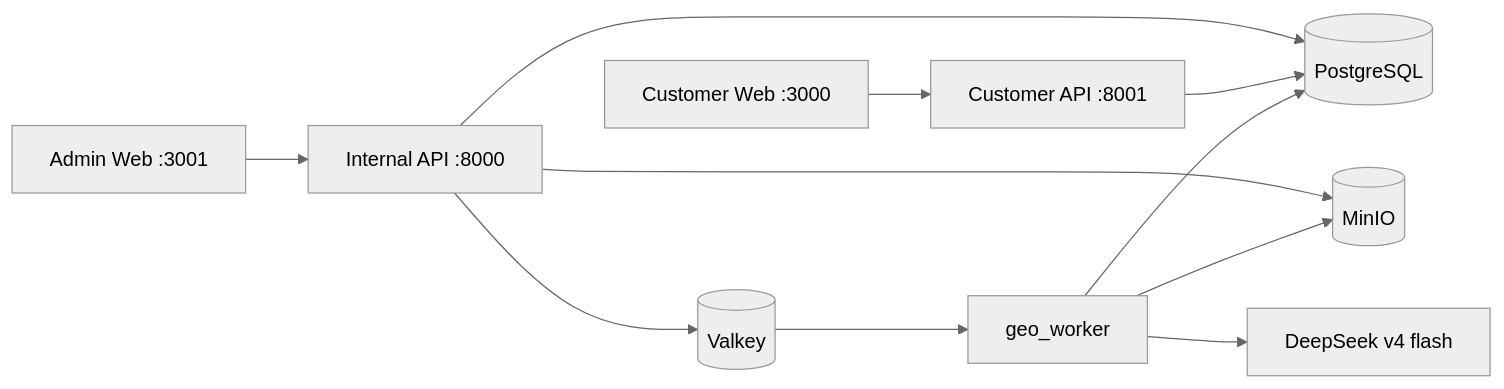
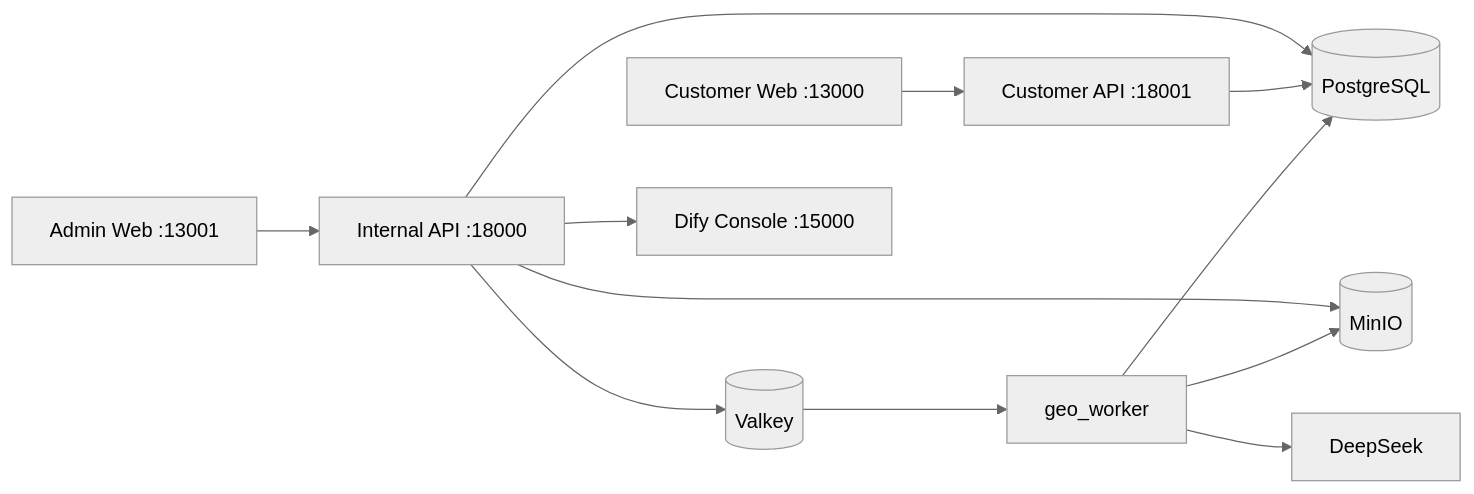
The diagram in README.md (priestess-bot/geo), drawn with Mermaid (neutral theme) before and after one commit. The commit also changed other lines of this file and 53 other files, not shown here.

````diff
--- a/README.md
+++ b/README.md
@@ -52,13 +55,14 @@
 ```mermaid
 flowchart LR
-  A[Admin Web :3001] --> I[Internal API :8000]
-  C[Customer Web :3000] --> U[Customer API :8001]
+  A[Admin Web :13001] --> I[Internal API :18000]
+  C[Customer Web :13000] --> U[Customer API :18001]
   I --> P[(PostgreSQL)]
   U --> P
   I --> M[(MinIO)]
   I --> V[(Valkey)]
   V --> W[geo_worker]
   W --> P
   W --> M
-  W --> D[DeepSeek v4 flash]
+  W --> D[DeepSeek]
+  I --> F[Dify Console :15000]
 ```
````
